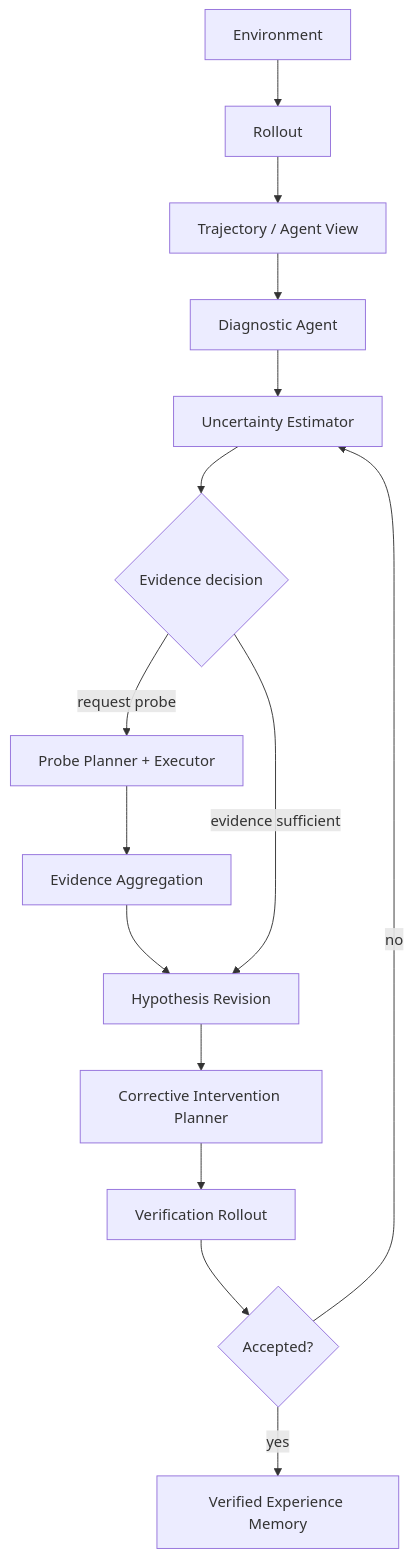
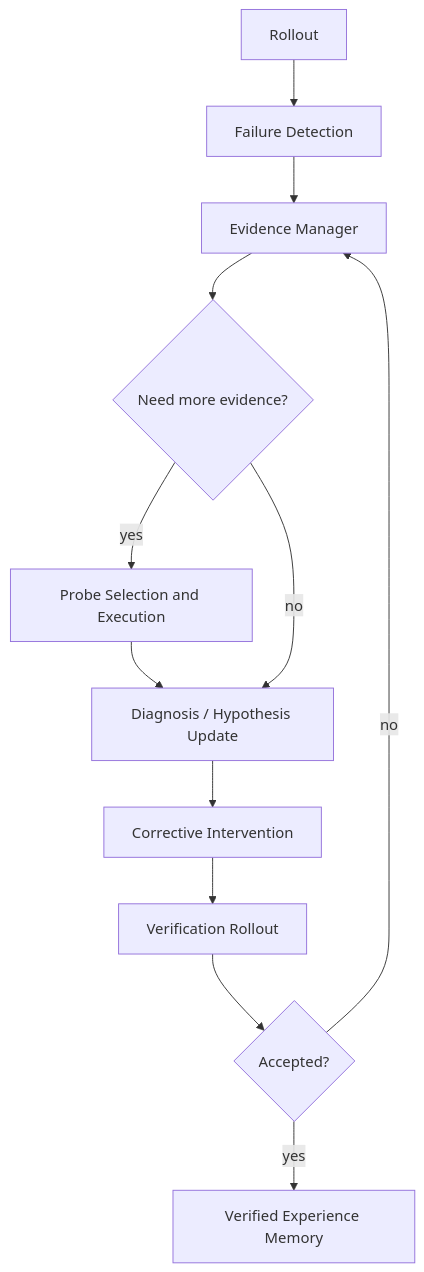
One commit to Hibbert133/embodied-agent-projects changed the diagram in README.md. Above: the diagram before and after it, drawn with Mermaid. The commit also changed other lines of this file and 7 other files, not shown here.

````diff
--- a/README.md
+++ b/README.md
@@ -93,17 +51,14 @@
 ```mermaid
 flowchart TD
-    E[Environment] --> R[Rollout]
-    R --> T[Trajectory / Agent View]
-    T --> D[Diagnostic Agent]
-    D --> U[Uncertainty Estimator]
-    U --> G{Evidence decision}
-    G -->|request probe| P[Probe Planner + Executor]
-    P --> A[Evidence Aggregation]
-    A --> H[Hypothesis Revision]
-    G -->|evidence sufficient| H
-    H --> C[Corrective Intervention Planner]
+    R[Rollout] --> F[Failure Detection]
+    F --> E[Evidence Manager]
+    E --> Q{Need more evidence?}
+    Q -->|yes| P[Probe Selection and Execution]
+    P --> D[Diagnosis / Hypothesis Update]
+    Q -->|no| D
+    D --> C[Corrective Intervention]
     C --> V[Verification Rollout]
-    V --> Q{Accepted?}
-    Q -->|yes| M[Verified Experience Memory]
-    Q -->|no| U
+    V --> A{Accepted?}
+    A -->|yes| M[Verified Experience Memory]
+    A -->|no| E
 ```
````
